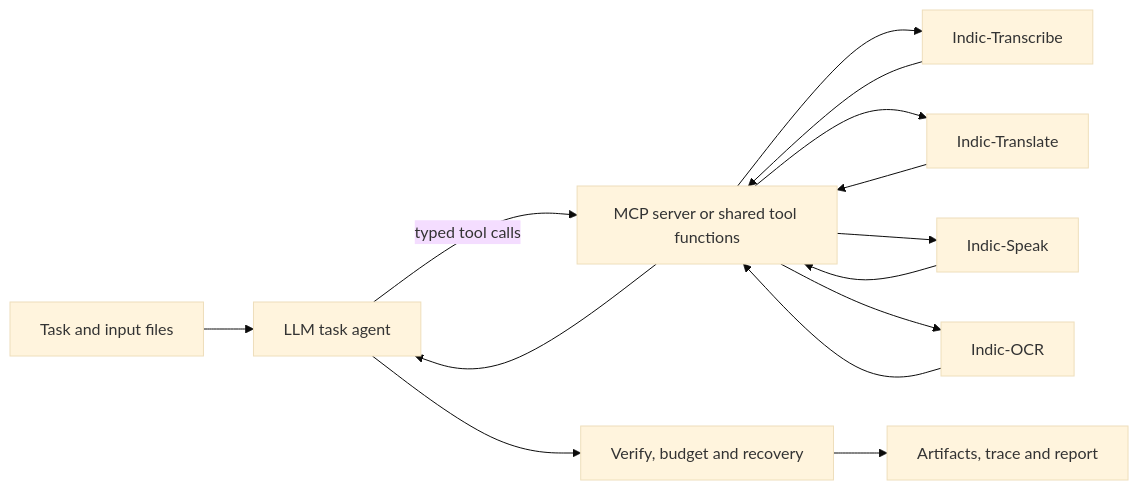
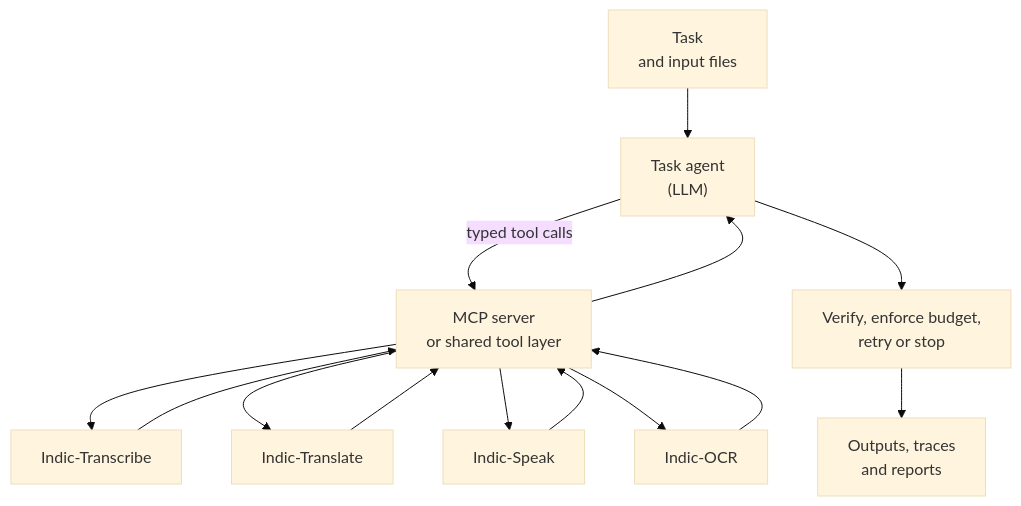
One commit to Bodhan-AI/Bodhan-AI-Cookbook changed the first of 2 diagrams in examples/tool_agent/README.md. Above: the diagram before and after it, drawn with Mermaid (base theme). The commit also changed other lines of this file, not shown here.

Commit message:
docs(examples): improve diagram readability

````diff
--- a/examples/tool_agent/README.md
+++ b/examples/tool_agent/README.md
@@ -45,16 +45,16 @@
 ```mermaid
-flowchart LR
-  U[Task and input files] --> A[LLM task agent]
-  A -->|typed tool calls| M[MCP server or shared tool functions]
-  M --> T[Indic-Transcribe]
-  M --> X[Indic-Translate]
-  M --> S[Indic-Speak]
-  M --> O[Indic-OCR]
+flowchart TB
+  U["Task<br/>and input files"] --> A["Task agent<br/>(LLM)"]
+  A -->|typed tool calls| M["MCP server<br/>or shared tool layer"]
+  M --> T["Indic-Transcribe"]
+  M --> X["Indic-Translate"]
+  M --> S["Indic-Speak"]
+  M --> O["Indic-OCR"]
   T --> M
   X --> M
   S --> M
   O --> M
   M --> A
-  A --> V[Verify, budget and recovery]
-  V --> R[Artifacts, trace and report]
+  A --> V["Verify, enforce budget,<br/>retry or stop"]
+  V --> R["Outputs, traces<br/>and reports"]
 ```
````
